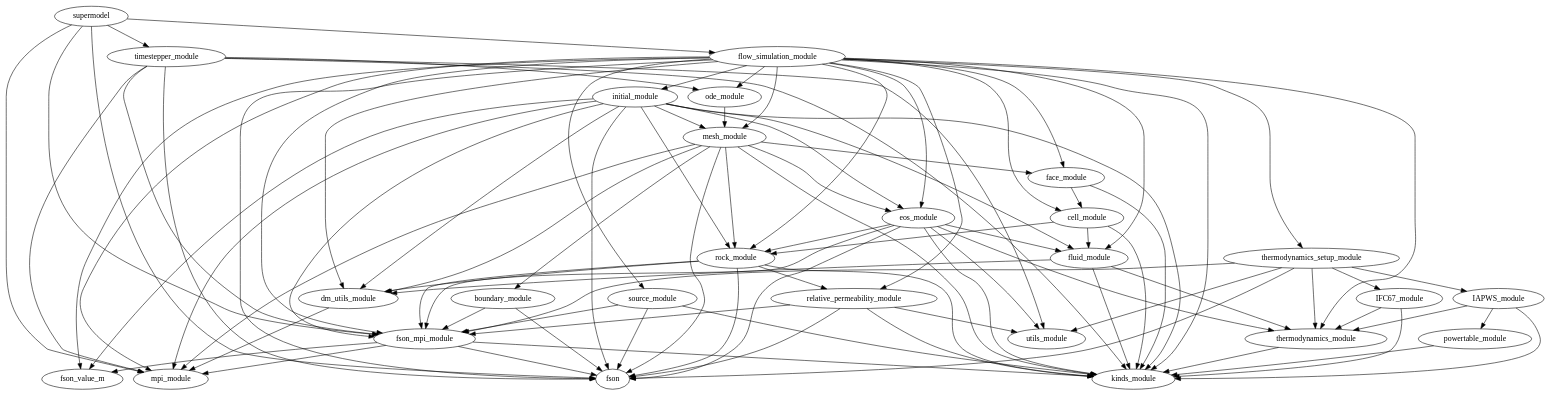
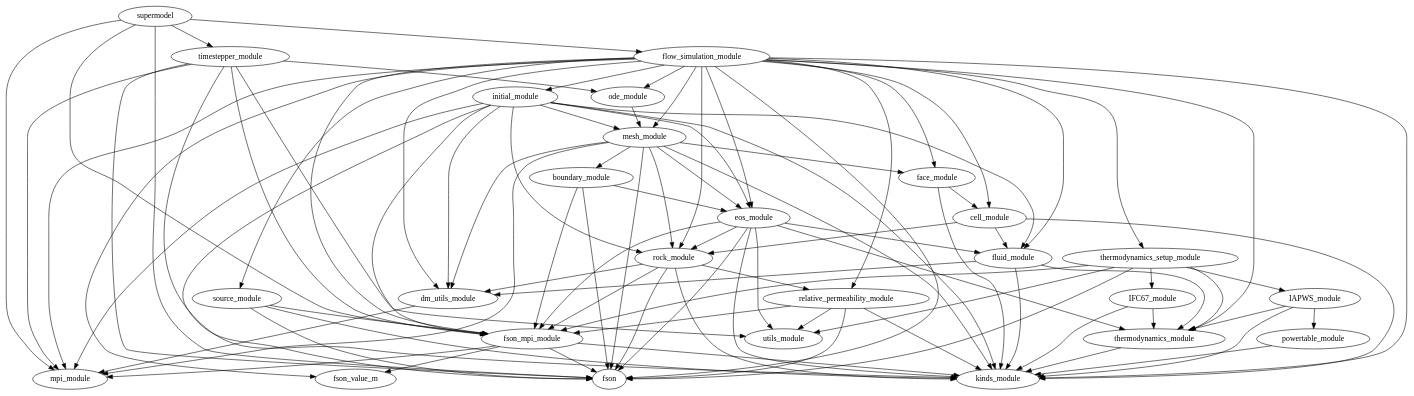
Before and after one commit to waiwera/waiwera: the diagram in doc/depends.dot, drawn with Graphviz. The commit also changed 4 other files, not shown here.

Commit message:
Changed setup_boundaries() routine to use default primary variables and region from EOS; also changed keyword in JSON input for boundary conditions from 'values' to 'primary' (for consistency with corresponding initial conditions keyword)

```diff
--- a/doc/depends.dot
+++ b/doc/depends.dot
@@ -1,97 +1,97 @@
 digraph supermodel{
         fluid_module -> dm_utils_module
         fluid_module -> kinds_module
         fluid_module -> thermodynamics_module
         eos_module -> fluid_module
         eos_module -> fson
         eos_module -> fson_mpi_module
         eos_module -> kinds_module
         eos_module -> rock_module
         eos_module -> thermodynamics_module
         eos_module -> utils_module
         rock_module -> dm_utils_module
         rock_module -> fson
         rock_module -> fson_mpi_module
         rock_module -> kinds_module
         rock_module -> relative_permeability_module
         powertable_module -> kinds_module
         ode_module -> mesh_module
         dm_utils_module -> mpi_module
         cell_module -> fluid_module
         cell_module -> kinds_module
         cell_module -> rock_module
+        boundary_module -> eos_module
         boundary_module -> fson
         boundary_module -> fson_mpi_module
         flow_simulation_module -> cell_module
         flow_simulation_module -> dm_utils_module
         flow_simulation_module -> eos_module
         flow_simulation_module -> face_module
         flow_simulation_module -> fluid_module
         flow_simulation_module -> fson
         flow_simulation_module -> fson_mpi_module
         flow_simulation_module -> fson_value_m
         flow_simulation_module -> initial_module
         flow_simulation_module -> kinds_module
         flow_simulation_module -> mesh_module
         flow_simulation_module -> mpi_module
         flow_simulation_module -> ode_module
         flow_simulation_module -> relative_permeability_module
         flow_simulation_module -> rock_module
         flow_simulation_module -> source_module
         flow_simulation_module -> thermodynamics_module
         flow_simulation_module -> thermodynamics_setup_module
         thermodynamics_module -> kinds_module
         face_module -> cell_module
         face_module -> kinds_module
         initial_module -> dm_utils_module
         initial_module -> eos_module
         initial_module -> fluid_module
         initial_module -> fson
         initial_module -> fson_mpi_module
-        initial_module -> fson_value_m
         initial_module -> kinds_module
         initial_module -> mesh_module
         initial_module -> mpi_module
         initial_module -> rock_module
         mesh_module -> boundary_module
         mesh_module -> dm_utils_module
         mesh_module -> eos_module
         mesh_module -> face_module
         mesh_module -> fson
         mesh_module -> kinds_module
         mesh_module -> mpi_module
         mesh_module -> rock_module
         fson_mpi_module -> fson
         fson_mpi_module -> fson_value_m
         fson_mpi_module -> kinds_module
         fson_mpi_module -> mpi_module
         IFC67_module -> kinds_module
         IFC67_module -> thermodynamics_module
         supermodel -> flow_simulation_module
         supermodel -> fson
         supermodel -> fson_mpi_module
         supermodel -> mpi_module
         supermodel -> timestepper_module
         source_module -> fson
         source_module -> fson_mpi_module
         source_module -> kinds_module
         IAPWS_module -> kinds_module
         IAPWS_module -> powertable_module
         IAPWS_module -> thermodynamics_module
         thermodynamics_setup_module -> IAPWS_module
         thermodynamics_setup_module -> IFC67_module
         thermodynamics_setup_module -> fson
         thermodynamics_setup_module -> fson_mpi_module
         thermodynamics_setup_module -> thermodynamics_module
         thermodynamics_setup_module -> utils_module
         timestepper_module -> fson
         timestepper_module -> fson_mpi_module
         timestepper_module -> kinds_module
         timestepper_module -> mpi_module
         timestepper_module -> ode_module
         timestepper_module -> utils_module
         relative_permeability_module -> fson
         relative_permeability_module -> fson_mpi_module
         relative_permeability_module -> kinds_module
         relative_permeability_module -> utils_module
 }
```
